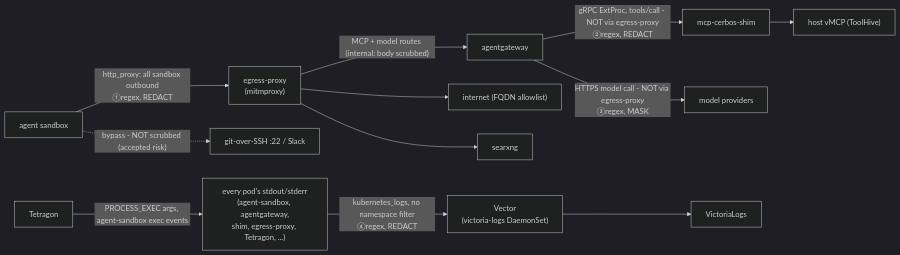
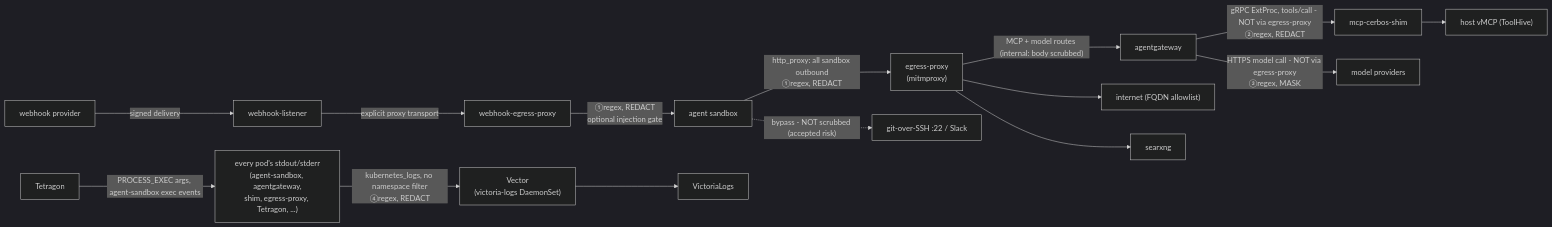
The diagram in docs/secrets-and-pii-redaction.md (christensenjairus/Vicegerent-Agents), drawn with Mermaid (dark theme) before and after one commit. The commit also changed other lines of this file and 75 other files, not shown here.

Commit message:
Add in-cluster webhook listener

````diff
--- a/docs/secrets-and-pii-redaction.md
+++ b/docs/secrets-and-pii-redaction.md
@@ -56,28 +58,34 @@
 ```mermaid
 flowchart LR
+    PROVIDER[webhook provider]
+    WL[webhook-listener]
+    WEP[webhook-egress-proxy]
     H[agent sandbox]
     EP["egress-proxy<br/>(mitmproxy)"]
     AGW[agentgateway]
     SHIM[mcp-cerbos-shim]
     VMCP["host vMCP (ToolHive)"]
     LLM["model providers"]
     NET["internet (FQDN allowlist)"]
     SX[searxng]
     DIRECT["git-over-SSH :22 / Slack"]
     TETRA[Tetragon]
     ALLPODS["every pod's stdout/stderr<br/>(agent-sandbox, agentgateway,<br/>shim, egress-proxy, Tetragon, ...)"]
     VECTOR["Vector<br/>(victoria-logs DaemonSet)"]
     VLOGS[VictoriaLogs]
 
+    PROVIDER -->|"signed delivery"| WL
+    WL -->|"explicit proxy transport"| WEP
+    WEP -->|"①regex, REDACT<br/>optional injection gate"| H
     H -->|"http_proxy: all sandbox outbound<br/>①regex, REDACT"| EP
     EP -->|"MCP + model routes (internal: body scrubbed)"| AGW
     EP --> NET
     EP --> SX
     AGW -->|"gRPC ExtProc, tools/call - NOT via egress-proxy<br/>②regex, REDACT"| SHIM
     SHIM --> VMCP
     AGW -->|"HTTPS model call - NOT via egress-proxy<br/>③regex, MASK"| LLM
     H -.->|"bypass - NOT scrubbed (accepted risk)"| DIRECT
     TETRA -->|"PROCESS_EXEC args, agent-sandbox exec events"| ALLPODS
     ALLPODS -->|"kubernetes_logs, no namespace filter<br/>④regex, REDACT"| VECTOR
     VECTOR --> VLOGS
 ```
````
